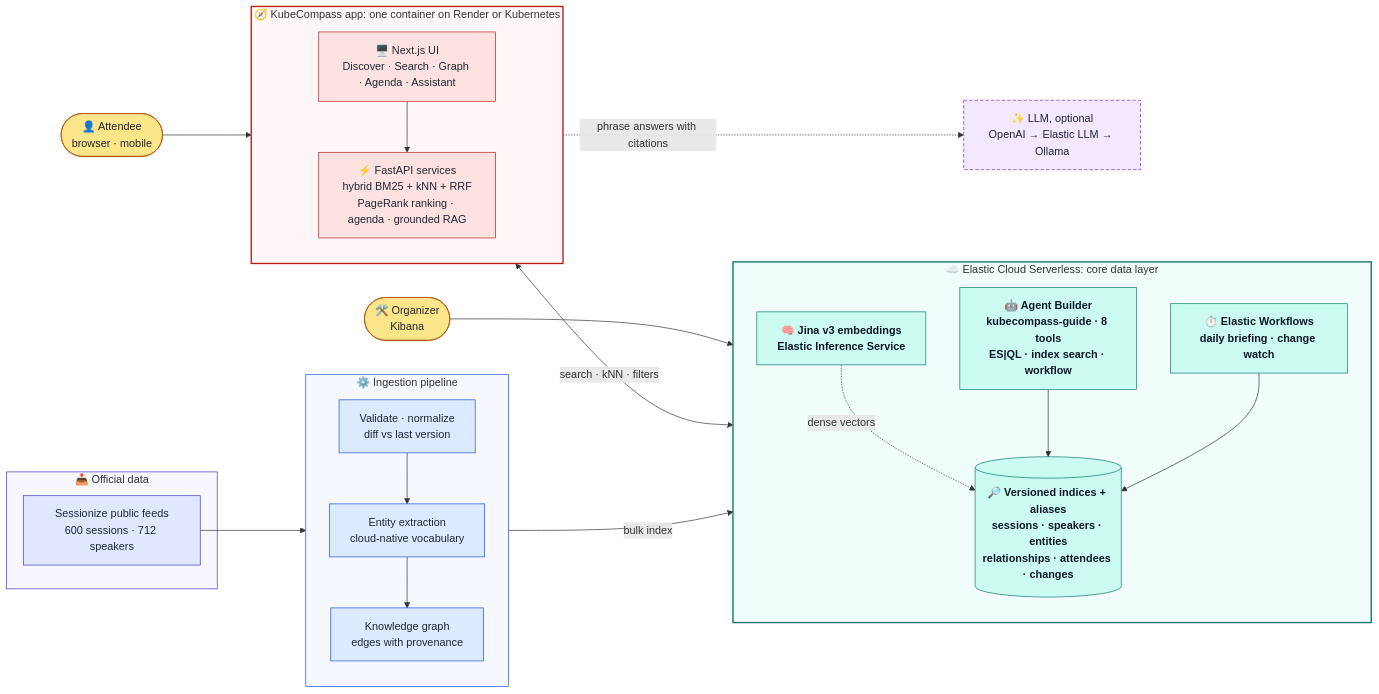
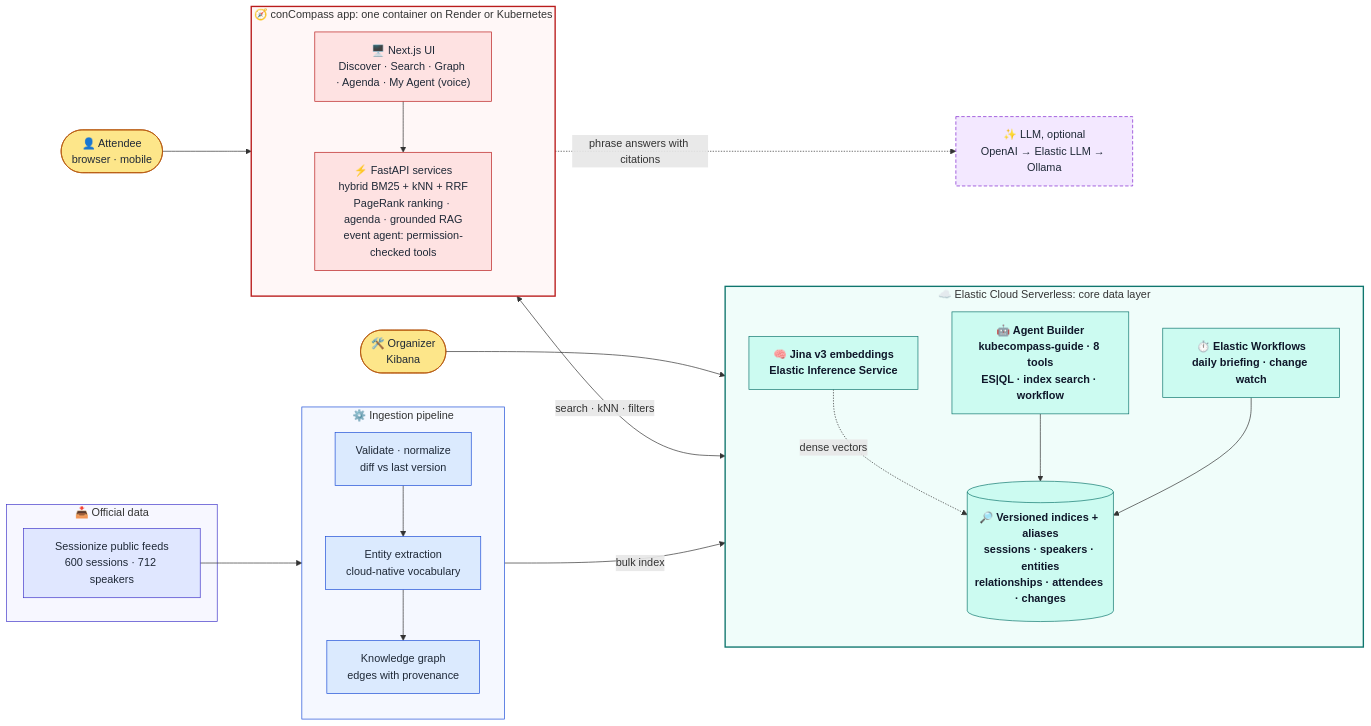
Before and after one commit to Ngoga-Musagi/kubecompass: the first of 2 diagrams in README.md, drawn with Mermaid. The commit also changed other lines of this file and 42 other files, not shown here.

First line of the commit message:
conCompass: authorized event agent with voice (milestone 1)

````diff
--- a/README.md
+++ b/README.md
@@ -83,61 +108,61 @@
 ```mermaid
 flowchart LR
   USER(["👤 Attendee<br/>browser · mobile"])
   KIB(["🛠️ Organizer<br/>Kibana"])
 
   subgraph SRC["📥 Official data"]
     SZ["Sessionize public feeds<br/>600 sessions · 712 speakers"]
   end
 
   subgraph ING["⚙️ Ingestion pipeline"]
     direction TB
     V["Validate · normalize<br/>diff vs last version"]
     X["Entity extraction<br/>cloud-native vocabulary"]
     KG["Knowledge graph<br/>edges with provenance"]
     V --> X --> KG
   end
 
   subgraph EC["☁️ Elastic Cloud Serverless: core data layer"]
     direction TB
     IDX[("🔎 Versioned indices + aliases<br/>sessions · speakers · entities<br/>relationships · attendees · changes")]
     JINA["🧠 Jina v3 embeddings<br/>Elastic Inference Service"]
     AB["🤖 Agent Builder<br/>kubecompass-guide · 8 tools<br/>ES#124;QL · index search · workflow"]
     WF["⏱️ Elastic Workflows<br/>daily briefing · change watch"]
     JINA -. "dense vectors" .-> IDX
     AB --> IDX
     WF --> IDX
   end
 
-  subgraph APP["🧭 KubeCompass app: one container on Render or Kubernetes"]
+  subgraph APP["🧭 conCompass app: one container on Render or Kubernetes"]
     direction TB
-    UI["🖥️ Next.js UI<br/>Discover · Search · Graph · Agenda · Assistant"]
-    API["⚡ FastAPI services<br/>hybrid BM25 + kNN + RRF<br/>PageRank ranking · agenda · grounded RAG"]
+    UI["🖥️ Next.js UI<br/>Discover · Search · Graph · Agenda · My Agent (voice)"]
+    API["⚡ FastAPI services<br/>hybrid BM25 + kNN + RRF<br/>PageRank ranking · agenda · grounded RAG<br/>event agent: permission-checked tools"]
     UI --> API
   end
 
   LLM["✨ LLM, optional<br/>OpenAI → Elastic LLM → Ollama"]
 
   SZ --> V
   KG -- "bulk index" --> IDX
   USER --> UI
   API <-->|"search · kNN · filters"| IDX
   API -. "phrase answers with citations" .-> LLM
   KIB --> AB
 
   classDef user fill:#fde68a,stroke:#b45309,color:#1f2937
   classDef src fill:#e0e7ff,stroke:#4338ca,color:#1f2937
   classDef ing fill:#dbeafe,stroke:#1d4ed8,color:#1f2937
   classDef es fill:#ccfbf1,stroke:#0f766e,color:#0f172a,font-weight:bold
   classDef app fill:#fee2e2,stroke:#b91c1c,color:#1f2937
   classDef llm fill:#f3e8ff,stroke:#7e22ce,color:#1f2937,stroke-dasharray: 5 3
   class USER,KIB user
   class SZ src
   class V,X,KG ing
   class IDX,JINA,AB,WF es
   class UI,API app
   class LLM llm
   style EC fill:#f0fdfa,stroke:#0f766e,stroke-width:2px
   style APP fill:#fff7f7,stroke:#b91c1c,stroke-width:2px
   style ING fill:#f5f8ff,stroke:#1d4ed8
   style SRC fill:#f7f7ff,stroke:#4338ca
 ```
````
